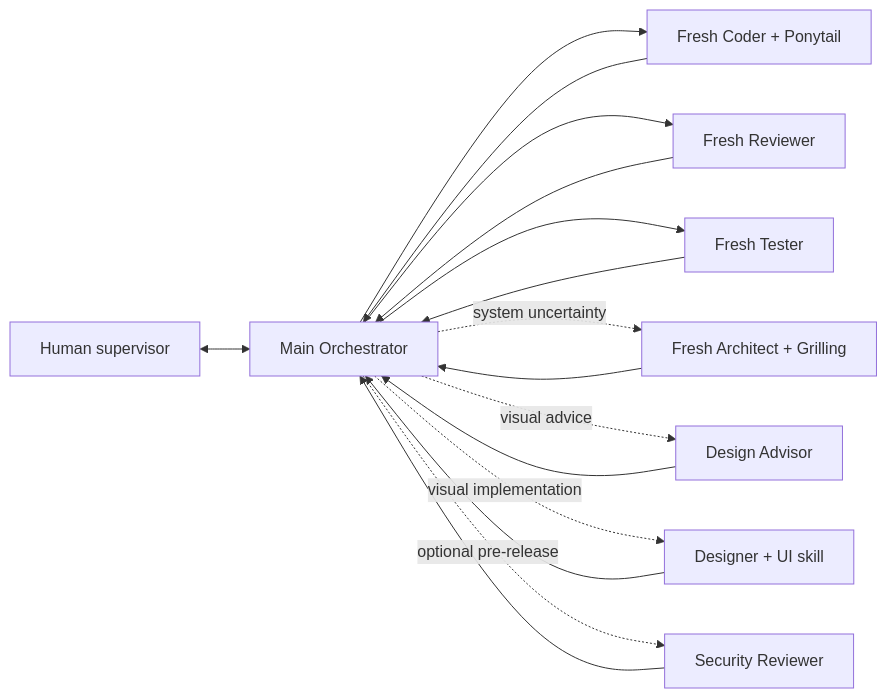
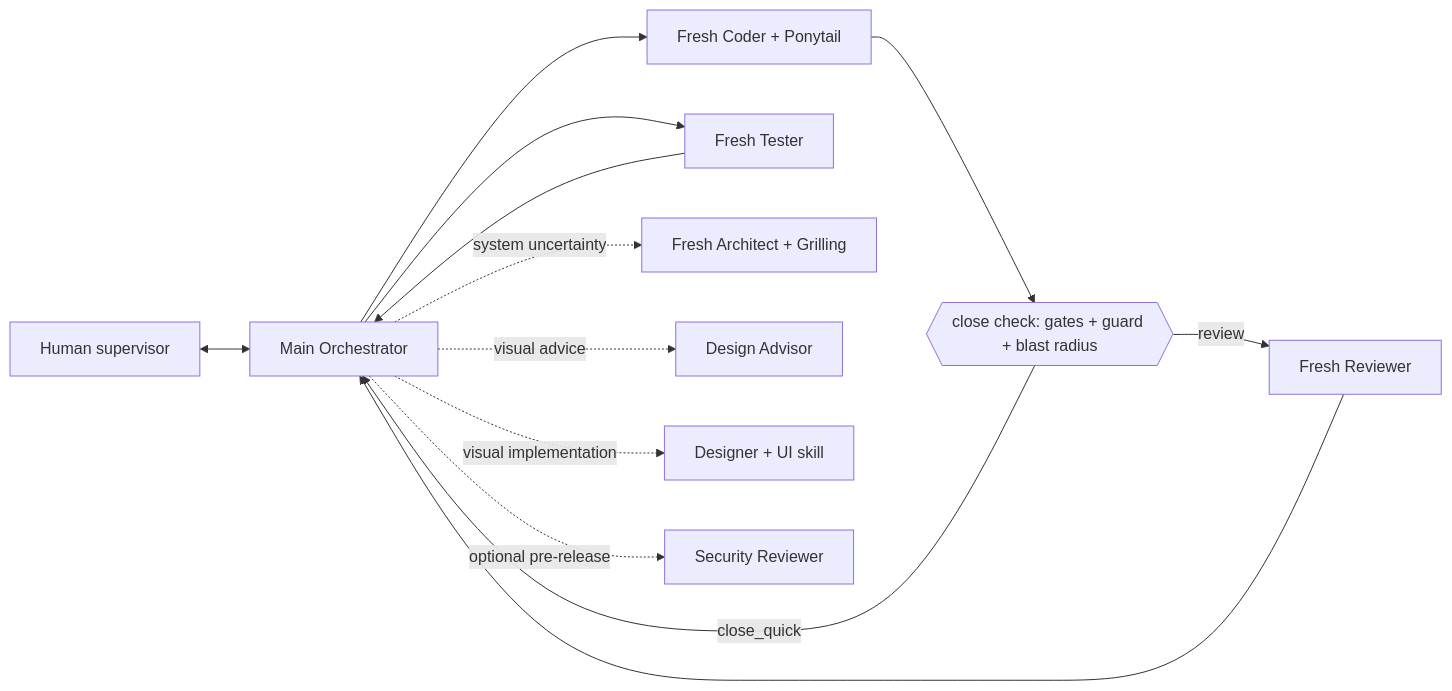
Before and after one commit to Pavan-Gopa/Pavans-Workflow: the diagram in README.md, drawn with Mermaid. The commit also changed other lines of this file and 13 other files, not shown here.

````diff
--- a/README.md
+++ b/README.md
@@ -53,18 +23,15 @@
 ```mermaid
 flowchart LR
     H[Human supervisor] <--> M[Main Orchestrator]
     M --> C[Fresh Coder + Ponytail]
-    C --> M
-    M --> R[Fresh Reviewer]
+    C --> G{{close check: gates + guard + blast radius}}
+    G -- close_quick --> M
+    G -- review --> R[Fresh Reviewer]
     R --> M
     M --> T[Fresh Tester]
     T --> M
     M -. system uncertainty .-> A[Fresh Architect + Grilling]
-    A --> M
     M -. visual advice .-> DA[Design Advisor]
-    DA --> M
     M -. visual implementation .-> D[Designer + UI skill]
-    D --> M
     M -. optional pre-release .-> S[Security Reviewer]
-    S --> M
 ```
````
